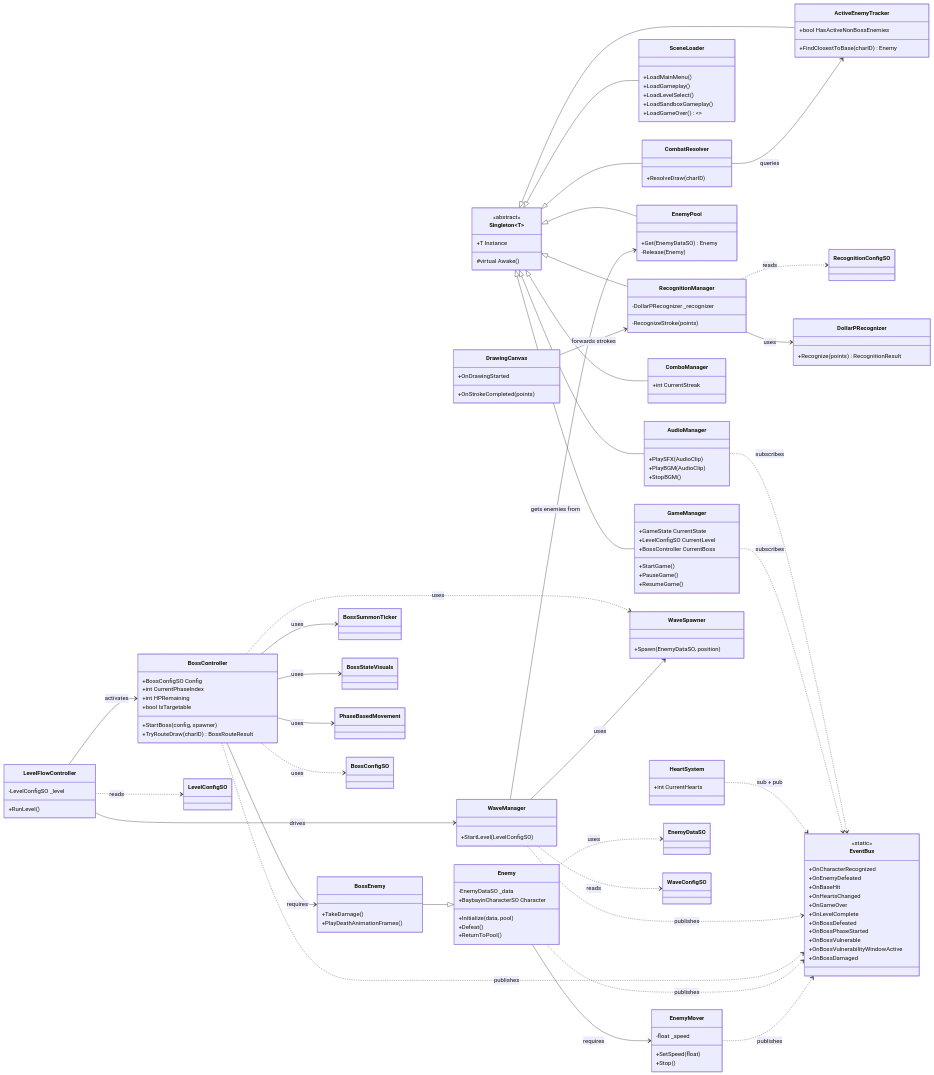
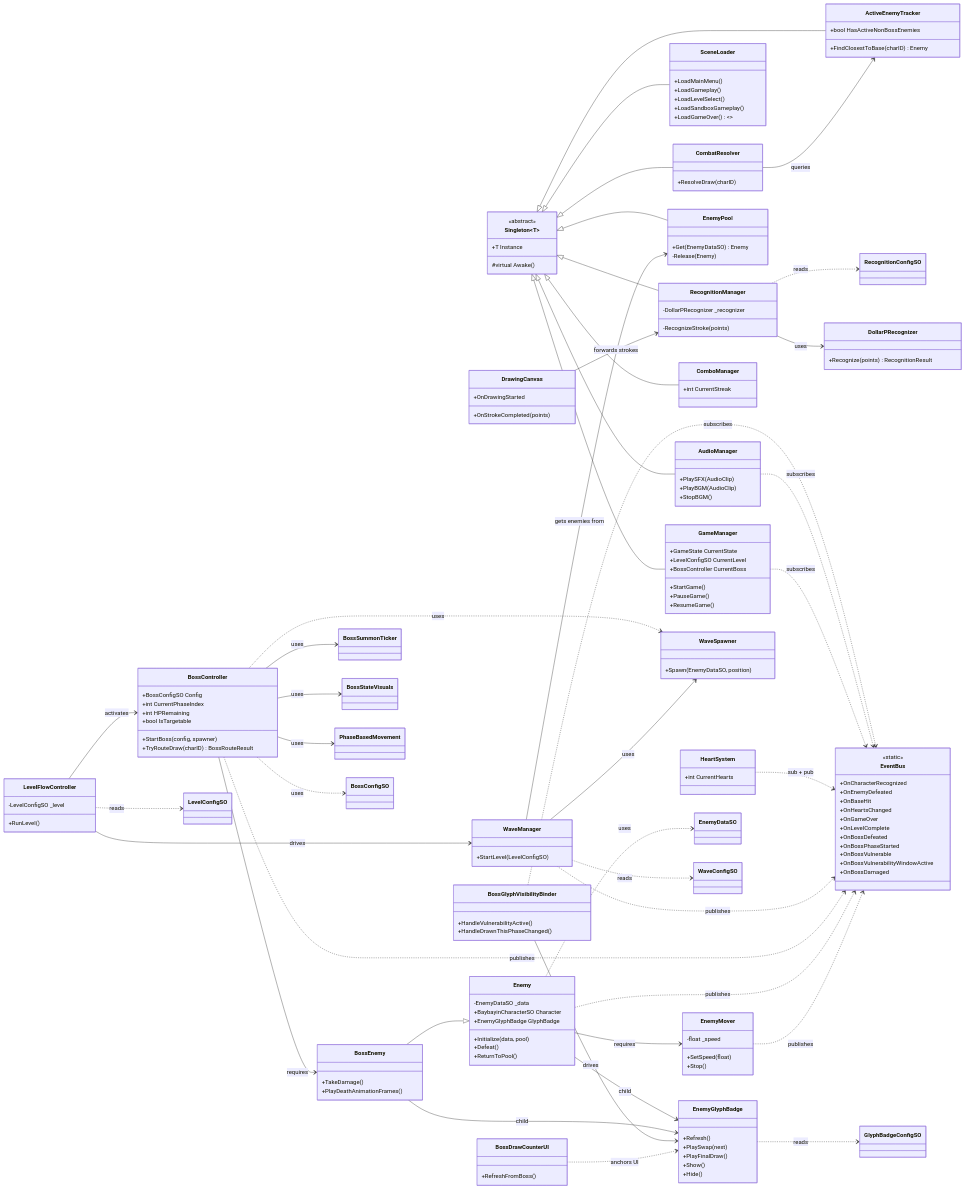
One commit to chdean-09/salinlahi changed the second of 5 diagrams in docs/capstone/SystemDiagrams.md. Above: the diagram before and after it, drawn with Mermaid. The commit also changed other lines of this file and 6 other files, not shown here.

Commit message:
docs: SALIN-97 sync architectural docs for glyph badge system

```diff
--- a/docs/capstone/SystemDiagrams.md
+++ b/docs/capstone/SystemDiagrams.md
@@ -211,9 +222,17 @@
     class Enemy {
         -EnemyDataSO _data
         +BaybayinCharacterSO Character
+        +EnemyGlyphBadge GlyphBadge
         +Initialize(data, pool)
         +Defeat()
         +ReturnToPool()
+    }
+    class EnemyGlyphBadge {
+        +Refresh()
+        +PlaySwap(next)
+        +PlayFinalDraw()
+        +Show()
+        +Hide()
     }
     class EnemyMover {
         -float _speed
@@ -232,6 +251,14 @@
         +StartBoss(config, spawner)
         +TryRouteDraw(charID) BossRouteResult
     }
+    class BossGlyphVisibilityBinder {
+        +HandleVulnerabilityActive()
+        +HandleDrawnThisPhaseChanged()
+    }
+    class BossDrawCounterUI {
+        +RefreshFromBoss()
+    }
+    class GlyphBadgeConfigSO
     class BossSummonTicker
     class BossStateVisuals
     class PhaseBasedMovement
@@ -266,9 +293,15 @@
     Singleton <|-- CombatResolver
 
     Enemy --> EnemyMover : requires
+    Enemy --> EnemyGlyphBadge : child
     Enemy ..> EnemyDataSO : uses
+    EnemyGlyphBadge ..> GlyphBadgeConfigSO : reads
     BossEnemy --|> Enemy
+    BossEnemy --> EnemyGlyphBadge : child
     BossController --> BossEnemy : requires
+    BossGlyphVisibilityBinder --> EnemyGlyphBadge : drives
+    BossGlyphVisibilityBinder ..> EventBus : subscribes
+    BossDrawCounterUI ..> EnemyGlyphBadge : anchors UI
     BossController --> BossSummonTicker : uses
     BossController --> BossStateVisuals : uses
     BossController --> PhaseBasedMovement : uses
```
